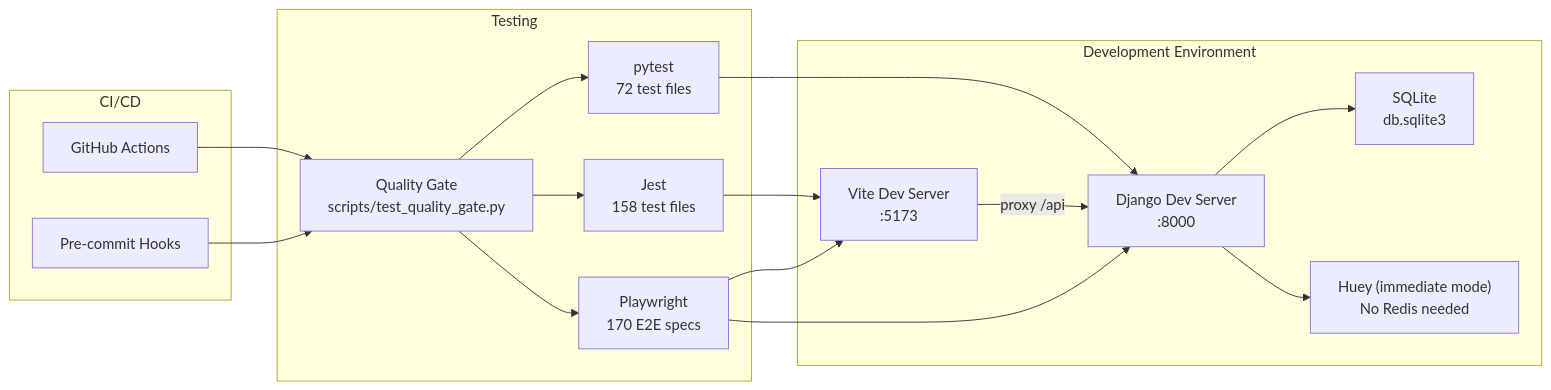
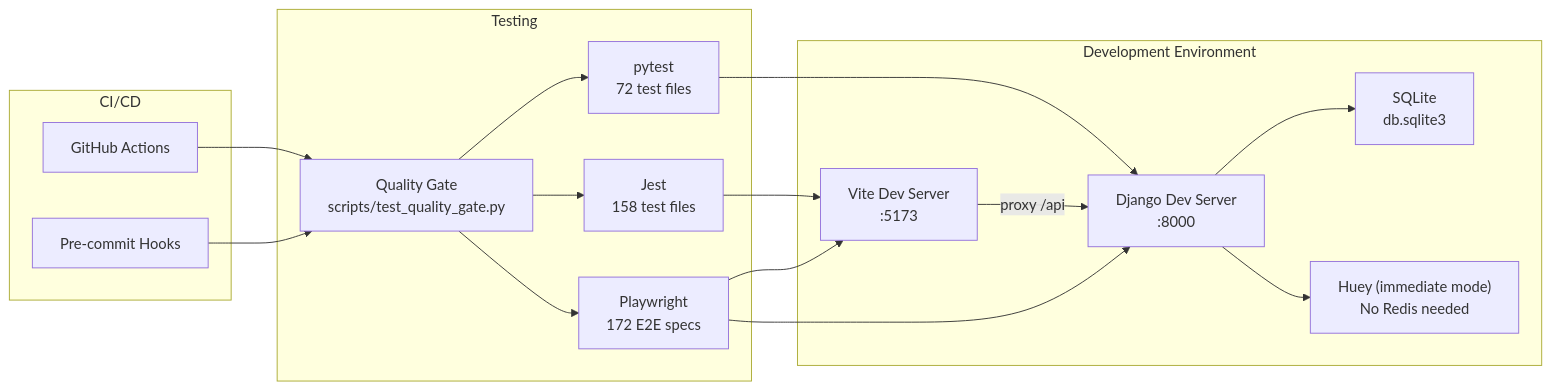
Before and after one commit to carlos18bp/gym_project: the second of 8 diagrams in docs/methodology/architecture.md, drawn with Mermaid. The commit also changed other lines of this file and 6 other files, not shown here.

````diff
--- a/docs/methodology/architecture.md
+++ b/docs/methodology/architecture.md
@@ -60,34 +60,34 @@
 ```mermaid
 flowchart LR
     subgraph Dev["Development Environment"]
         Vite["Vite Dev Server\n:5173"]
         Django["Django Dev Server\n:8000"]
         Huey_Imm["Huey (immediate mode)\nNo Redis needed"]
         SQLite["SQLite\ndb.sqlite3"]
     end
 
     subgraph Test["Testing"]
         Pytest["pytest\n72 test files"]
         Jest["Jest\n158 test files"]
-        PW["Playwright\n170 E2E specs"]
+        PW["Playwright\n172 E2E specs"]
         QG["Quality Gate\nscripts/test_quality_gate.py"]
     end
 
     subgraph CI["CI/CD"]
         GHA["GitHub Actions"]
         PreCommit["Pre-commit Hooks"]
     end
 
     Vite -->|"proxy /api"| Django
     Django --> SQLite
     Django --> Huey_Imm
     Pytest --> Django
     Jest --> Vite
     PW --> Vite
     PW --> Django
     QG --> Pytest
     QG --> Jest
     QG --> PW
     GHA --> QG
     PreCommit --> QG
 ```
````
